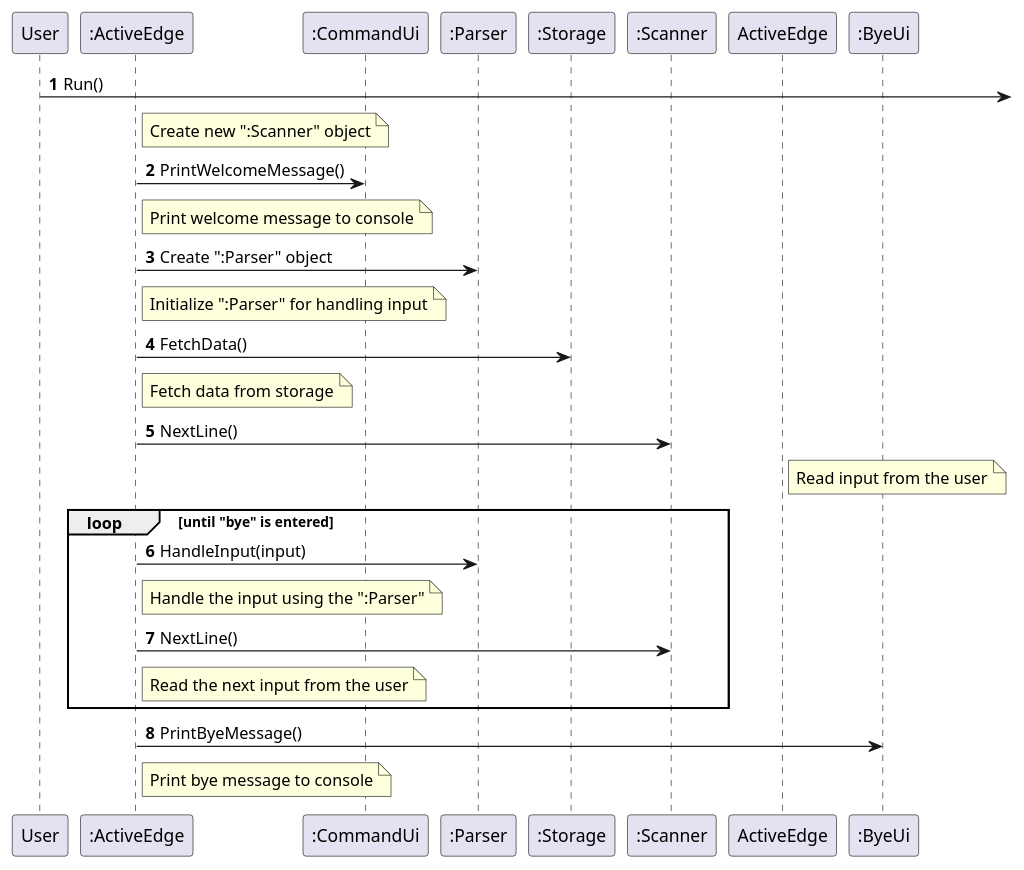
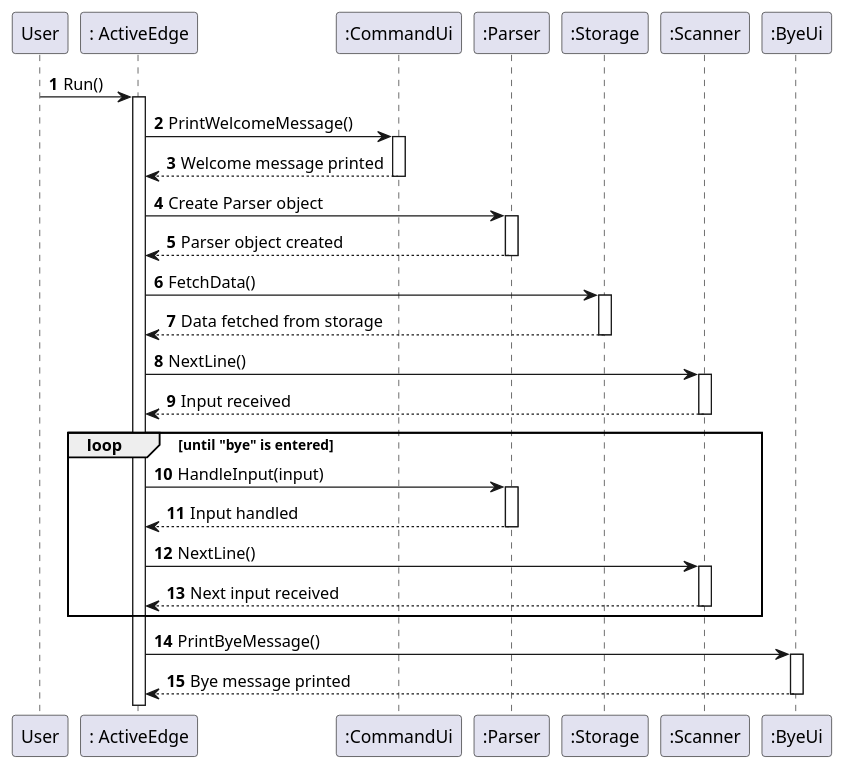
Before and after one commit to AY2324S2-CS2113-W12-2/tp: the diagram in docs/UML diagrams/Main.puml, drawn with PlantUML. The commit also changed 2 other files, not shown here.

Commit message:
UML diagram edits

```diff
--- a/docs/UML diagrams/Main.puml
+++ b/docs/UML diagrams/Main.puml
@@ -1,40 +1,40 @@
 @startuml
 'https://plantuml.com/sequence-diagram
 
 autonumber
-User -> : Run()
-note right of ":ActiveEdge"
-    Create new ":Scanner" object
-end note
-":ActiveEdge" -> ":CommandUi": PrintWelcomeMessage()
-note right of ":ActiveEdge"
-    Print welcome message to console
-end note
-":ActiveEdge" -> ":Parser": Create ":Parser" object
-note right of ":ActiveEdge"
-    Initialize ":Parser" for handling input
-end note
-":ActiveEdge" -> ":Storage": FetchData()
-note right of ":ActiveEdge"
-    Fetch data from storage
-end note
-":ActiveEdge" -> ":Scanner": NextLine()
-note right of "ActiveEdge"
-    Read input from the user
-end note
+User -> ": ActiveEdge": Run()
+activate ": ActiveEdge"
+": ActiveEdge" -> ":CommandUi": PrintWelcomeMessage()
+activate ":CommandUi"
+":CommandUi"--> ": ActiveEdge": Welcome message printed
+deactivate ":CommandUi"
+": ActiveEdge"-> ":Parser": Create Parser object
+activate ":Parser"
+":Parser" --> ": ActiveEdge": Parser object created
+deactivate ":Parser"
+": ActiveEdge" -> ":Storage": FetchData()
+activate ":Storage"
+":Storage" --> ": ActiveEdge": Data fetched from storage
+deactivate ":Storage"
+": ActiveEdge" -> ":Scanner": NextLine()
+activate ":Scanner"
+":Scanner" --> ": ActiveEdge": Input received
+deactivate ":Scanner"
+
 loop until "bye" is entered
-    ":ActiveEdge" -> ":Parser": HandleInput(input)
-    note right of ":ActiveEdge"
-        Handle the input using the ":Parser"
-    end note
-    ":ActiveEdge" -> ":Scanner": NextLine()
-    note right of ":ActiveEdge"
-        Read the next input from the user
-    end note
+    ": ActiveEdge" -> ":Parser": HandleInput(input)
+    activate ":Parser"
+    ":Parser" --> ": ActiveEdge": Input handled
+    deactivate ":Parser"
+    ": ActiveEdge" -> ":Scanner": NextLine()
+    activate ":Scanner"
+    ":Scanner"--> ": ActiveEdge": Next input received
+    deactivate ":Scanner"
 end loop
-":ActiveEdge" -> ":ByeUi": PrintByeMessage()
-note right of ":ActiveEdge"
-    Print bye message to console
-end note
+
+": ActiveEdge"-> ":ByeUi" : PrintByeMessage()
+activate ":ByeUi"
+":ByeUi" -->": ActiveEdge": Bye message printed
+deactivate ":ByeUi"
 
 @enduml
```
